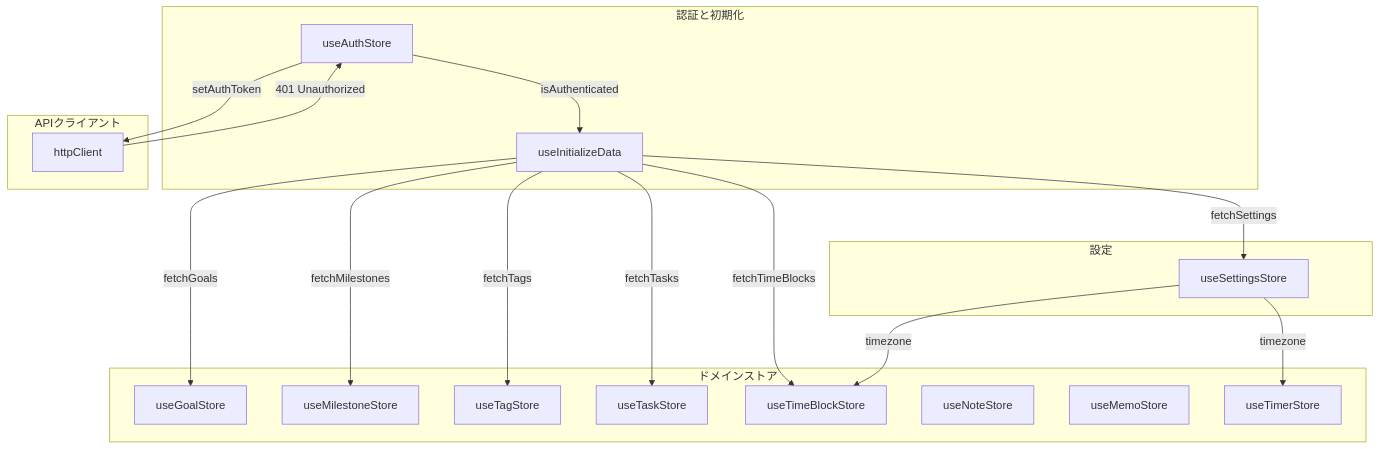
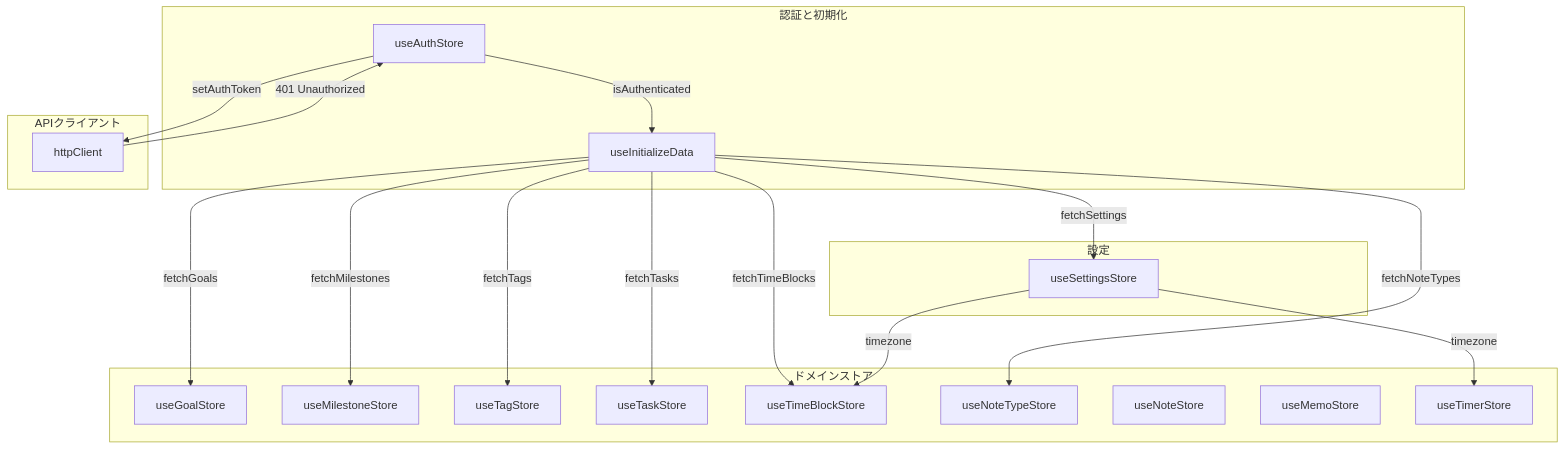
One commit to yu-min3/kensan changed the third of 4 diagrams in src/ARCHITECTURE.md. Above: the diagram before and after it, drawn with Mermaid. The commit also changed other lines of this file and 149 other files, not shown here.

````diff
--- a/src/ARCHITECTURE.md
+++ b/src/ARCHITECTURE.md
@@ -828,41 +886,43 @@
 ```mermaid
 graph TB
     subgraph "認証と初期化"
         AuthStore[useAuthStore]
         InitHook[useInitializeData]
     end
 
     subgraph "設定"
         SettingsStore[useSettingsStore]
     end
 
     subgraph "ドメインストア"
         GoalStore[useGoalStore]
         MilestoneStore[useMilestoneStore]
         TagStore[useTagStore]
         TaskStore[useTaskStore]
         TimeBlockStore[useTimeBlockStore]
+        NoteTypeStore[useNoteTypeStore]
         NoteStore[useNoteStore]
         MemoStore[useMemoStore]
         TimerStore[useTimerStore]
     end
 
     subgraph "APIクライアント"
         HttpClient[httpClient]
     end
 
     AuthStore -->|setAuthToken| HttpClient
     AuthStore -->|isAuthenticated| InitHook
 
     InitHook -->|fetchSettings| SettingsStore
+    InitHook -->|fetchNoteTypes| NoteTypeStore
     InitHook -->|fetchGoals| GoalStore
     InitHook -->|fetchMilestones| MilestoneStore
     InitHook -->|fetchTags| TagStore
     InitHook -->|fetchTasks| TaskStore
     InitHook -->|fetchTimeBlocks| TimeBlockStore
 
     SettingsStore -->|timezone| TimeBlockStore
     SettingsStore -->|timezone| TimerStore
 
     HttpClient -->|401 Unauthorized| AuthStore
 ```
````
